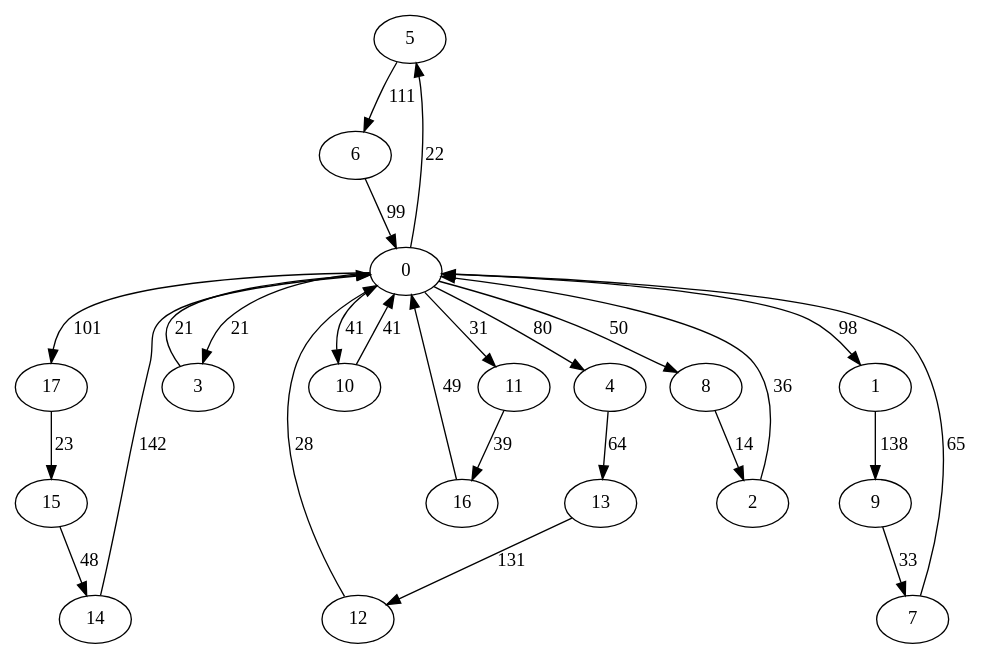
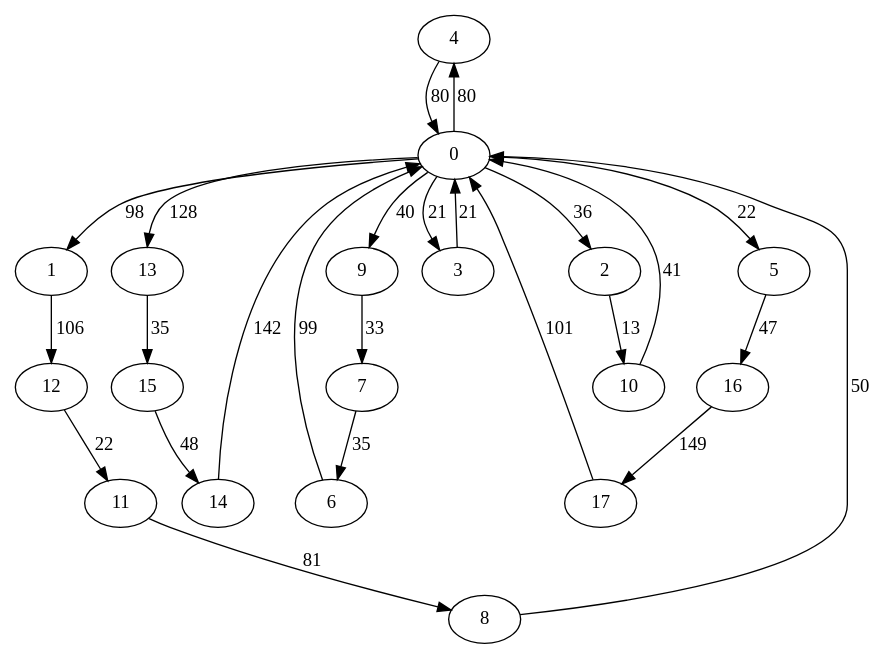
One commit to akosej/vehicle_routing changed the diagram in grafos/iteration5.dot. Above: the diagram before and after it, drawn with Graphviz. The commit also changed 15 other files, not shown here.

```diff
--- a/grafos/iteration5.dot
+++ b/grafos/iteration5.dot
@@ -1,46 +1,45 @@
 digraph G {
-	5->6[ label=111 ];
+	4->0[ label=80 ];
+	15->14[ label=48 ];
+	1->12[ label=106 ];
+	12->11[ label=22 ];
+	8->0[ label=50 ];
+	16->17[ label=149 ];
+	17->0[ label=101 ];
+	9->7[ label=33 ];
+	13->15[ label=35 ];
+	11->8[ label=81 ];
+	7->6[ label=35 ];
 	14->0[ label=142 ];
-	12->0[ label=28 ];
-	11->16[ label=39 ];
-	15->14[ label=48 ];
-	9->7[ label=33 ];
+	2->10[ label=13 ];
+	5->16[ label=47 ];
+	6->0[ label=99 ];
 	3->0[ label=21 ];
-	4->13[ label=64 ];
-	10->0[ label=41 ];
-	8->2[ label=14 ];
-	17->15[ label=23 ];
-	1->9[ label=138 ];
-	7->0[ label=65 ];
-	16->0[ label=49 ];
-	0->17[ label=101 ];
 	0->4[ label=80 ];
 	0->3[ label=21 ];
-	0->10[ label=41 ];
+	0->13[ label=128 ];
+	0->2[ label=36 ];
+	0->1[ label=98 ];
 	0->5[ label=22 ];
-	0->1[ label=98 ];
-	0->11[ label=31 ];
-	0->8[ label=50 ];
-	2->0[ label=36 ];
-	6->0[ label=99 ];
-	13->12[ label=131 ];
+	0->9[ label=40 ];
+	10->0[ label=41 ];
 	0 [ label=0 ];
 	1 [ label=1 ];
 	10 [ label=10 ];
 	11 [ label=11 ];
 	12 [ label=12 ];
 	13 [ label=13 ];
 	14 [ label=14 ];
 	15 [ label=15 ];
 	16 [ label=16 ];
 	17 [ label=17 ];
 	2 [ label=2 ];
 	3 [ label=3 ];
 	4 [ label=4 ];
 	5 [ label=5 ];
 	6 [ label=6 ];
 	7 [ label=7 ];
 	8 [ label=8 ];
 	9 [ label=9 ];
 
 }
```
